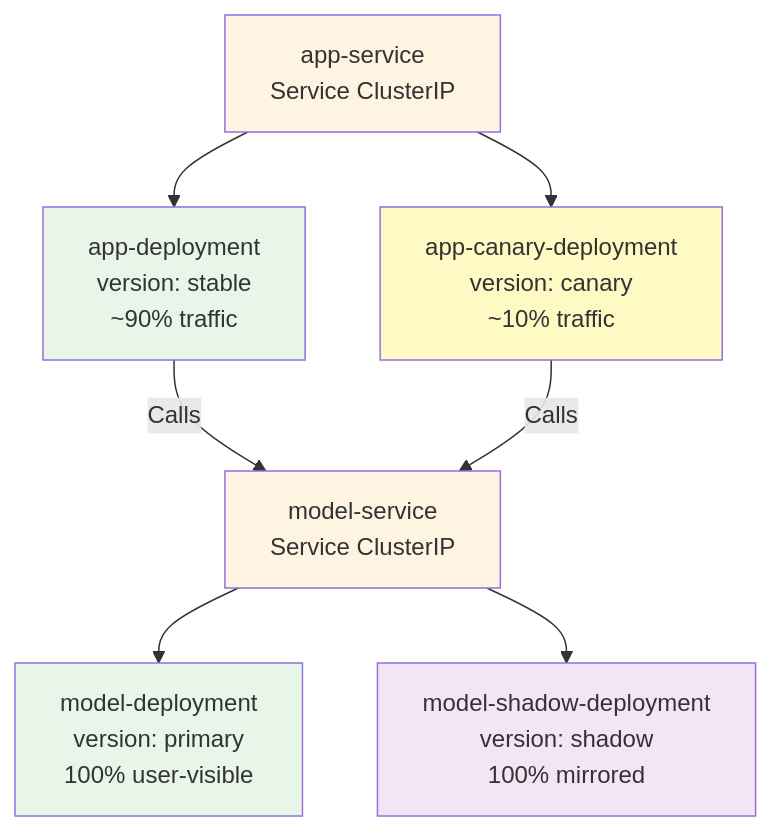
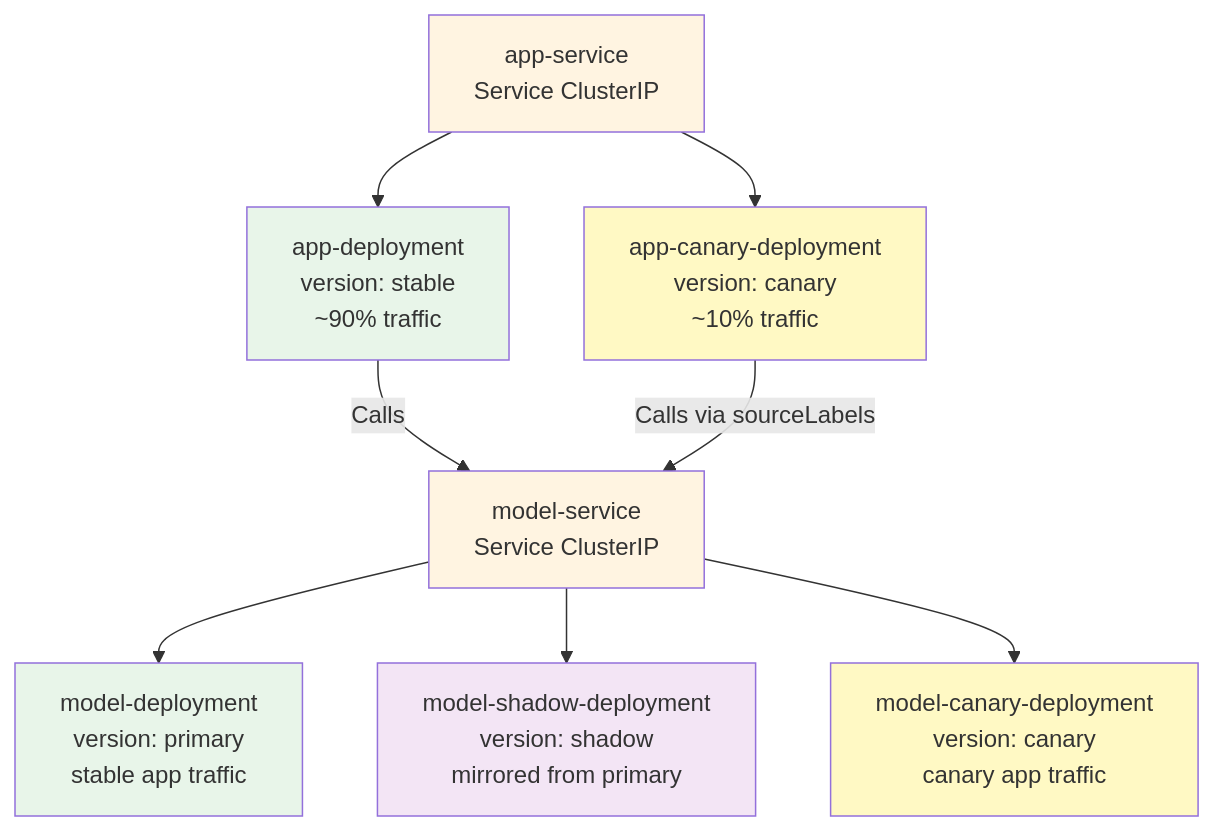
One commit to doda25-team2/operation changed the third of 8 diagrams in docs/deployment.md. Above: the diagram before and after it, drawn with Mermaid. The commit also changed other lines of this file, not shown here.

Commit message:
Update deployment documentation with canary model service

````diff
--- a/docs/deployment.md
+++ b/docs/deployment.md
@@ -213,18 +215,20 @@
 ```mermaid
 flowchart TB
     AppSvc[app-service<br/>Service ClusterIP] --> AppStable[app-deployment<br/>version: stable<br/>~90% traffic]
     AppSvc --> AppCanary[app-canary-deployment<br/>version: canary<br/>~10% traffic]
     
     AppStable -->|Calls| ModelSvc[model-service<br/>Service ClusterIP]
-    AppCanary -->|Calls| ModelSvc
+    AppCanary -->|Calls via sourceLabels| ModelSvc
     
-    ModelSvc --> ModelPrimary[model-deployment<br/>version: primary<br/>100% user-visible]
-    ModelSvc --> ModelShadow[model-shadow-deployment<br/>version: shadow<br/>100% mirrored]
+    ModelSvc --> ModelPrimary[model-deployment<br/>version: primary<br/>stable app traffic]
+    ModelSvc --> ModelShadow[model-shadow-deployment<br/>version: shadow<br/>mirrored from primary]
+    ModelSvc --> ModelCanary[model-canary-deployment<br/>version: canary<br/>canary app traffic]
     
     style AppSvc fill:#fff4e1
     style ModelSvc fill:#fff4e1
     style AppStable fill:#e8f5e9
     style AppCanary fill:#fff9c4
     style ModelPrimary fill:#e8f5e9
     style ModelShadow fill:#f3e5f5
+    style ModelCanary fill:#fff9c4
 ```
````
